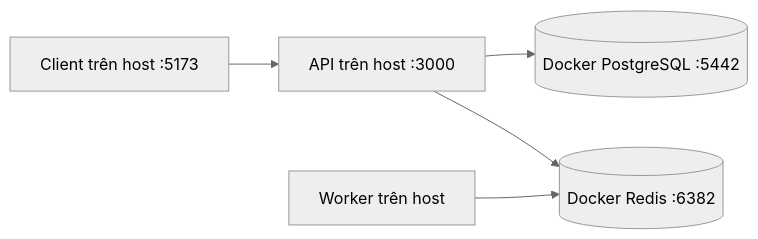
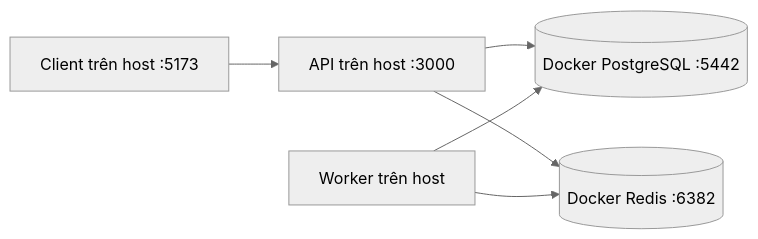
One commit to SSIT-joint-stock/identify-voice-base changed the tenth of 12 diagrams in docs/architecture/system-architecture.md. Above: the diagram before and after it, drawn with Mermaid (neutral theme). The commit also changed other lines of this file, not shown here.

Commit message:
docs: update system architecture documentation for clarity and detail

````diff
--- a/docs/architecture/system-architecture.md
+++ b/docs/architecture/system-architecture.md
@@ -158,7 +421,8 @@
 ```mermaid
 flowchart LR
     Vite[Client trên host :5173] --> API[API trên host :3000]
     API --> DB[(Docker PostgreSQL :5442)]
-    API --> R[(Docker Redis :6382)]
-    Worker[Worker trên host] --> R
+    API --> Redis[(Docker Redis :6382)]
+    Worker[Worker trên host] --> Redis
+    Worker --> DB
 ```
````
